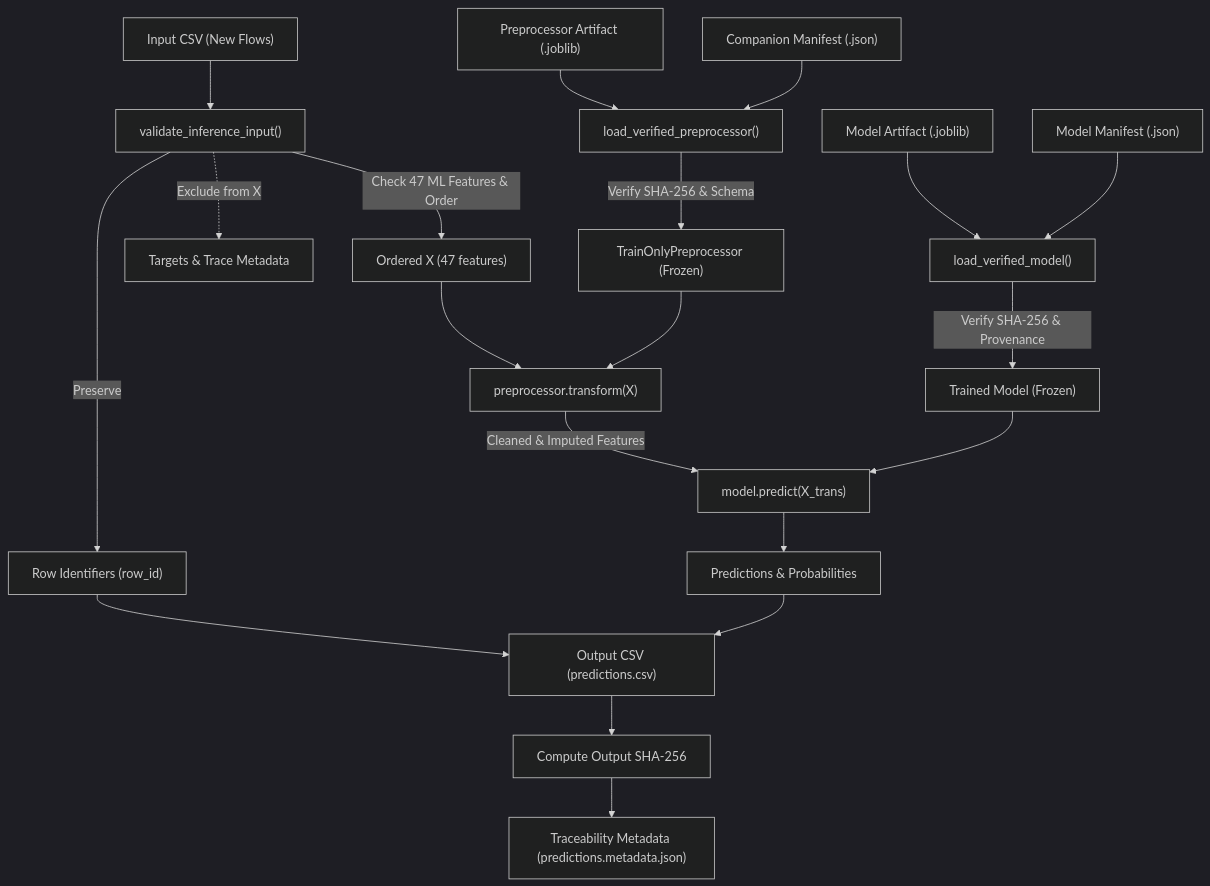
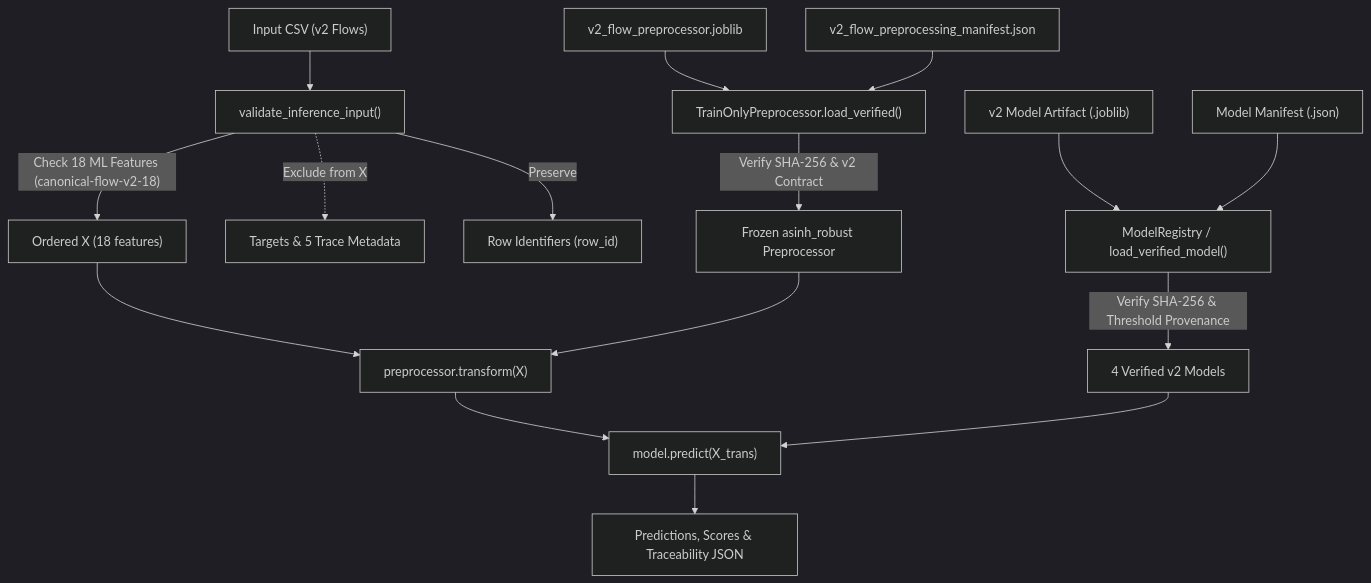
Before and after one commit to doctor-cato/AI-NETWORK-ANOMALY-DETECTION-TRACEABILITY-MAIN: the diagram in docs/INFERENCE_PIPELINE.md, drawn with Mermaid (dark theme). The commit also changed other lines of this file and 382 other files, not shown here.

````diff
--- a/docs/INFERENCE_PIPELINE.md
+++ b/docs/INFERENCE_PIPELINE.md
@@ -11,27 +12,21 @@
 ```mermaid
 flowchart TD
-    A["Input CSV (New Flows)"] --> B["validate_inference_input()"]
-    B -->|"Check 47 ML Features & Order"| C["Ordered X (47 features)"]
-    B -.->|"Exclude from X"| D["Targets & Trace Metadata"]
+    A["Input CSV (v2 Flows)"] --> B["validate_inference_input()"]
+    B -->|"Check 18 ML Features (canonical-flow-v2-18)"| C["Ordered X (18 features)"]
+    B -.->|"Exclude from X"| D["Targets & 5 Trace Metadata"]
     B -->|"Preserve"| E["Row Identifiers (row_id)"]
 
-    F["Preprocessor Artifact (.joblib)"] --> G["load_verified_preprocessor()"]
-    H["Companion Manifest (.json)"] --> G
-    G -->|"Verify SHA-256 & Schema"| I["TrainOnlyPreprocessor (Frozen)"]
+    F["v2_flow_preprocessor.joblib"] --> G["TrainOnlyPreprocessor.load_verified()"]
+    H["v2_flow_preprocessing_manifest.json"] --> G
+    G -->|"Verify SHA-256 & v2 Contract"| I["Frozen asinh_robust Preprocessor"]
 
-    J["Model Artifact (.joblib)"] --> K["load_verified_model()"]
+    J["v2 Model Artifact (.joblib)"] --> K["ModelRegistry / load_verified_model()"]
     L["Model Manifest (.json)"] --> K
-    K -->|"Verify SHA-256 & Provenance"| M["Trained Model (Frozen)"]
+    K -->|"Verify SHA-256 & Threshold Provenance"| M["4 Verified v2 Models"]
 
     C --> N["preprocessor.transform(X)"]
     I --> N
-    N -->|"Cleaned & Imputed Features"| O["model.predict(X_trans)"]
+    N --> O["model.predict(X_trans)"]
     M --> O
-
-    O --> P["Predictions & Probabilities"]
-    E --> Q["Output CSV (predictions.csv)"]
-    P --> Q
-
-    Q --> R["Compute Output SHA-256"]
-    R --> S["Traceability Metadata (predictions.metadata.json)"]
+    O --> P["Predictions, Scores & Traceability JSON"]
 ```
````
